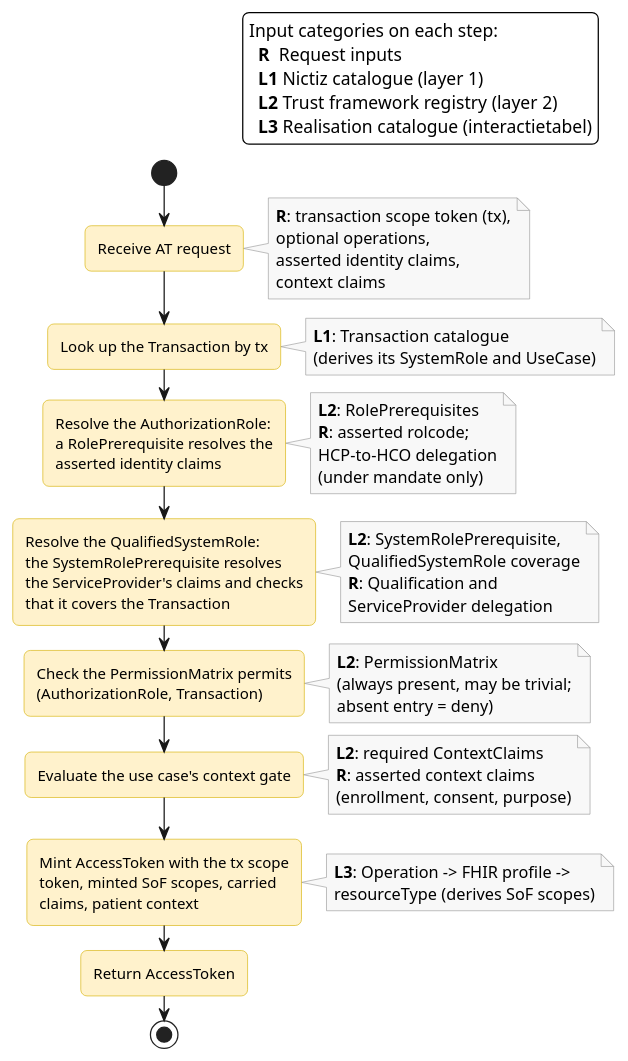
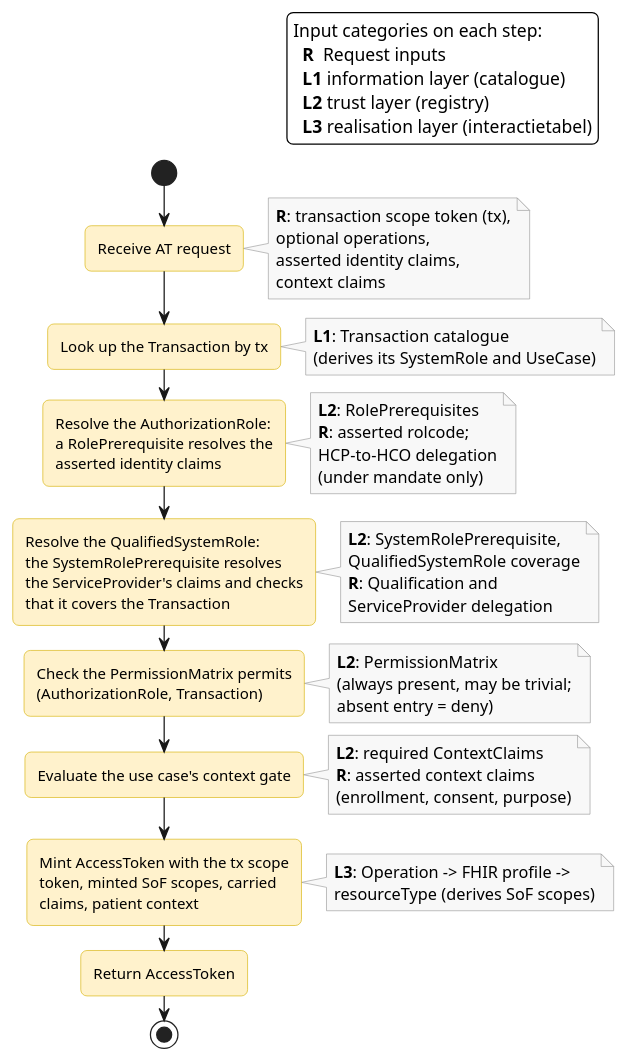
The diagram in input/images-source/authorization-model-evaluation.plantuml (nuts-foundation/nl-generic-functions-ig), drawn with PlantUML before and after one commit. The commit also changed 6 other files, not shown here.

First line of the commit message:
docs(authorization): name the layers and declutter the diagrams

```diff
--- a/input/images-source/authorization-model-evaluation.plantuml
+++ b/input/images-source/authorization-model-evaluation.plantuml
@@ -5,87 +5,87 @@
 @startuml authorization-model-evaluation
 
 skinparam defaultFontName Arial
 skinparam backgroundColor white
 skinparam roundcorner 10
 skinparam activity {
   BackgroundColor #FFF2CC
   BorderColor #D6B000
 }
 skinparam noteBackgroundColor #F8F8F8
 skinparam noteBorderColor #999999
 
 ' Happy path. Any check failure results in rejection (not shown).
 
 legend top right
   Input categories on each step:
     **R**  Request inputs
-    **L1** Nictiz catalogue (layer 1)
-    **L2** Trust framework registry (layer 2)
-    **L3** Realisation catalogue (interactietabel)
+    **L1** information layer (catalogue)
+    **L2** trust layer (registry)
+    **L3** realisation layer (interactietabel)
 endlegend
 
 start
 
 :Receive AT request;
 note right
   **R**: transaction scope token (tx),
   optional operations,
   asserted identity claims,
   context claims
 end note
 
 :Look up the Transaction by tx;
 note right
   **L1**: Transaction catalogue
   (derives its SystemRole and UseCase)
 end note
 
 :Resolve the AuthorizationRole:
 a RolePrerequisite resolves the
 asserted identity claims;
 note right
   **L2**: RolePrerequisites
   **R**: asserted rolcode;
   HCP-to-HCO delegation
   (under mandate only)
 end note
 
 :Resolve the QualifiedSystemRole:
 the SystemRolePrerequisite resolves
 the ServiceProvider's claims and checks
 that it covers the Transaction;
 note right
   **L2**: SystemRolePrerequisite,
   QualifiedSystemRole coverage
   **R**: Qualification and
   ServiceProvider delegation
 end note
 
 :Check the PermissionMatrix permits
 (AuthorizationRole, Transaction);
 note right
   **L2**: PermissionMatrix
   (always present, may be trivial;
   absent entry = deny)
 end note
 
 :Evaluate the use case's context gate;
 note right
   **L2**: required ContextClaims
   **R**: asserted context claims
   (enrollment, consent, purpose)
 end note
 
 :Mint AccessToken with the tx scope
 token, minted SoF scopes, carried
 claims, patient context;
 note right
   **L3**: Operation -> FHIR profile ->
   resourceType (derives SoF scopes)
 end note
 
 :Return AccessToken;
 
 stop
 
 @enduml
```
